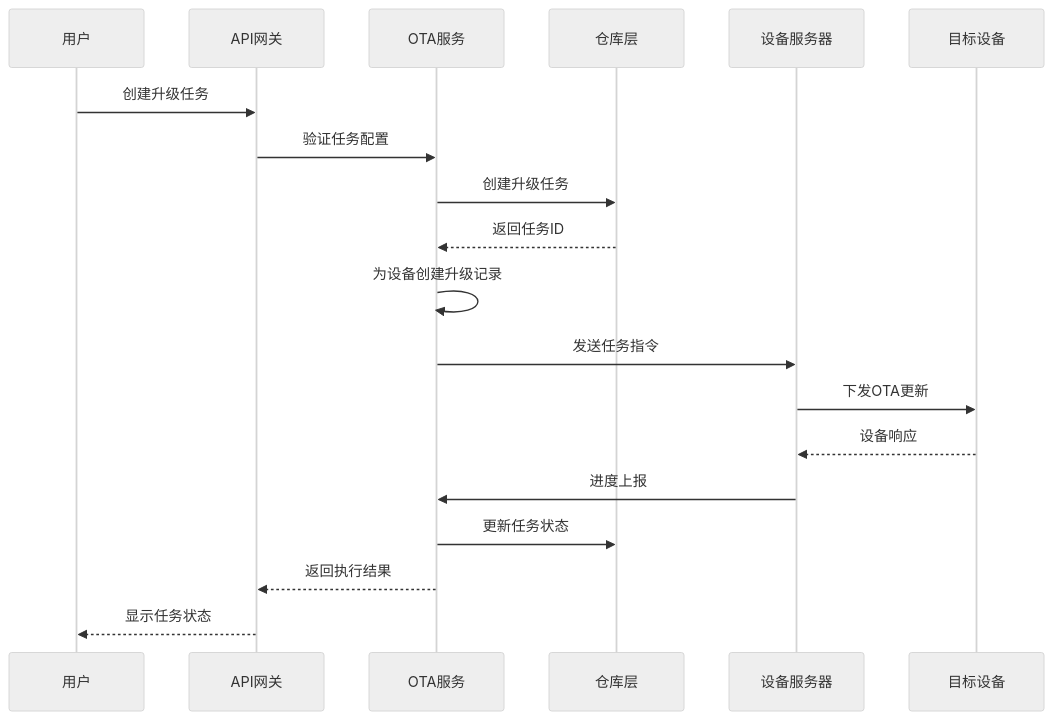
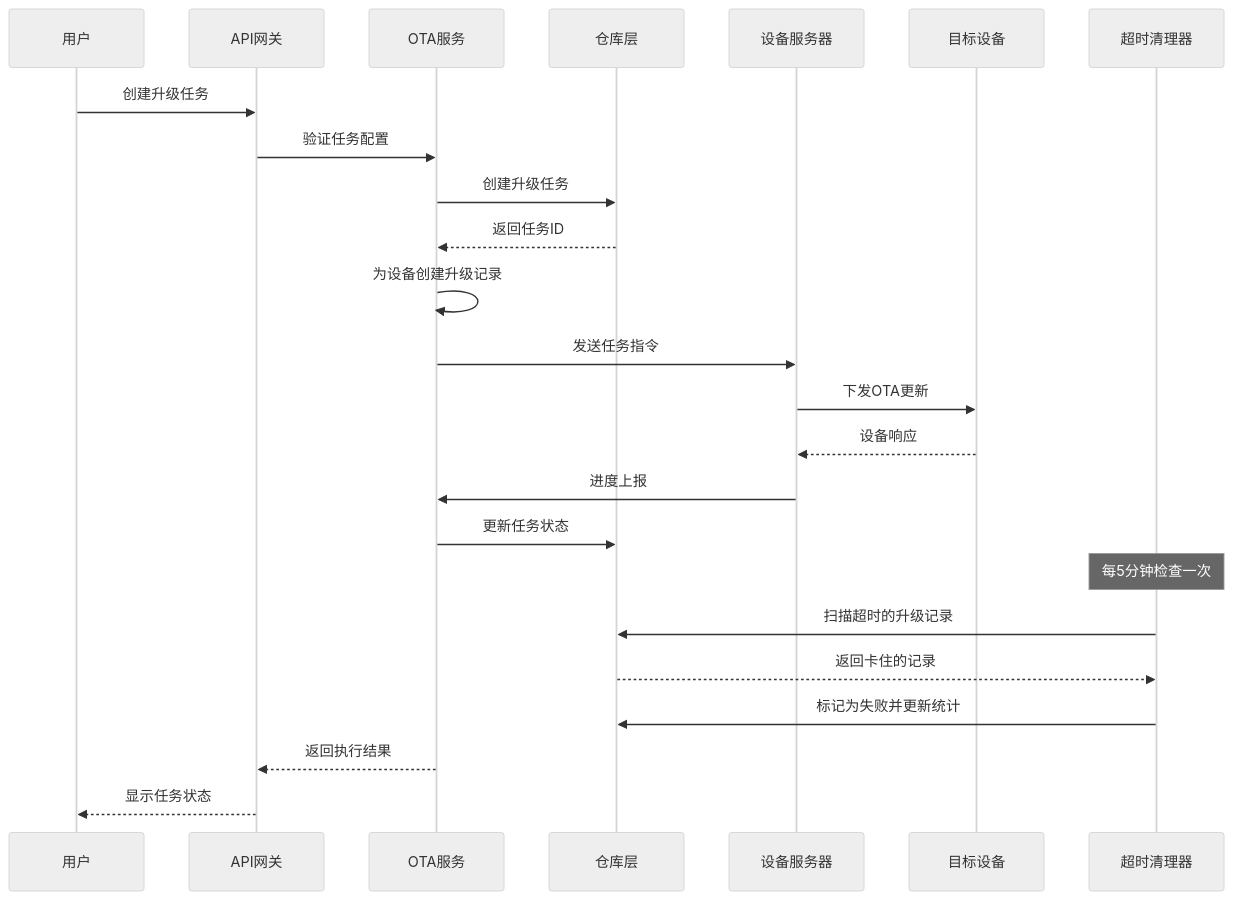
The fifth of 22 diagrams in .qoder/repowiki/zh/content/OTA升级系统/OTA任务调度/OTA任务调度.md (mcmrzy/cs_inv_monitor-develop), drawn with Mermaid (neutral theme) before and after one commit. The commit also changed other lines of this file and 28 other files, not shown here.

````diff
--- a/.qoder/repowiki/zh/content/OTA升级系统/OTA任务调度/OTA任务调度.md
+++ b/.qoder/repowiki/zh/content/OTA升级系统/OTA任务调度/OTA任务调度.md
@@ -343,21 +368,26 @@
 ```mermaid
 sequenceDiagram
 participant User as 用户
 participant API as API网关
 participant Service as OTA服务
 participant Repo as 仓库层
 participant DeviceServer as 设备服务器
 participant Device as 目标设备
+participant TimeoutCleaner as 超时清理器
 User->>API : 创建升级任务
 API->>Service : 验证任务配置
 Service->>Repo : 创建升级任务
 Repo-->>Service : 返回任务ID
 Service->>Service : 为设备创建升级记录
 Service->>DeviceServer : 发送任务指令
 DeviceServer->>Device : 下发OTA更新
 Device-->>DeviceServer : 设备响应
 DeviceServer->>Service : 进度上报
 Service->>Repo : 更新任务状态
+Note over TimeoutCleaner : 每5分钟检查一次
+TimeoutCleaner->>Repo : 扫描超时的升级记录
+Repo-->>TimeoutCleaner : 返回卡住的记录
+TimeoutCleaner->>Repo : 标记为失败并更新统计
 Service-->>API : 返回执行结果
 API-->>User : 显示任务状态
 ```
````
